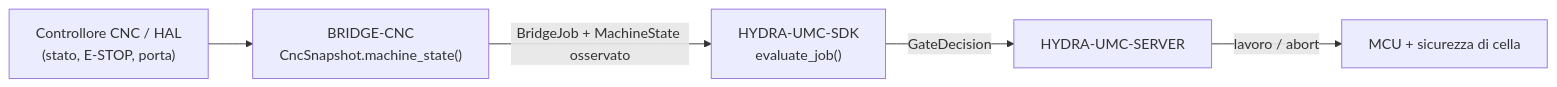
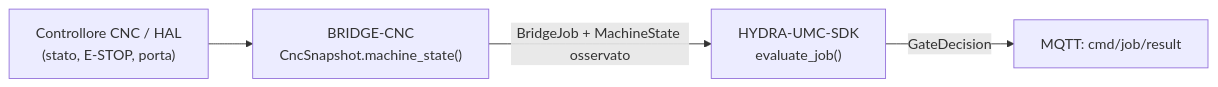
The diagram in README_ita.md (JuanenRac/HYDRA-UMC-BRIDGE-CNC), drawn with Mermaid before and after one commit. The commit also changed other lines of this file and 22 other files, not shown here.

````diff
--- a/README_ita.md
+++ b/README_ita.md
@@ -49,7 +50,6 @@
 ```mermaid
 flowchart LR
     CNC["Controllore CNC / HAL<br/>(stato, E-STOP, porta)"] --> BRIDGE["BRIDGE-CNC<br/>CncSnapshot.machine_state()"]
     BRIDGE -- "BridgeJob + MachineState osservato" --> SDK["HYDRA-UMC-SDK<br/>evaluate_job()"]
-    SDK -- GateDecision --> SERVER["HYDRA-UMC-SERVER"]
-    SERVER -- "lavoro / abort" --> MCU["MCU + sicurezza di cella"]
+    SDK -- GateDecision --> RESULT["MQTT: cmd/job/result"]
 ```
````
